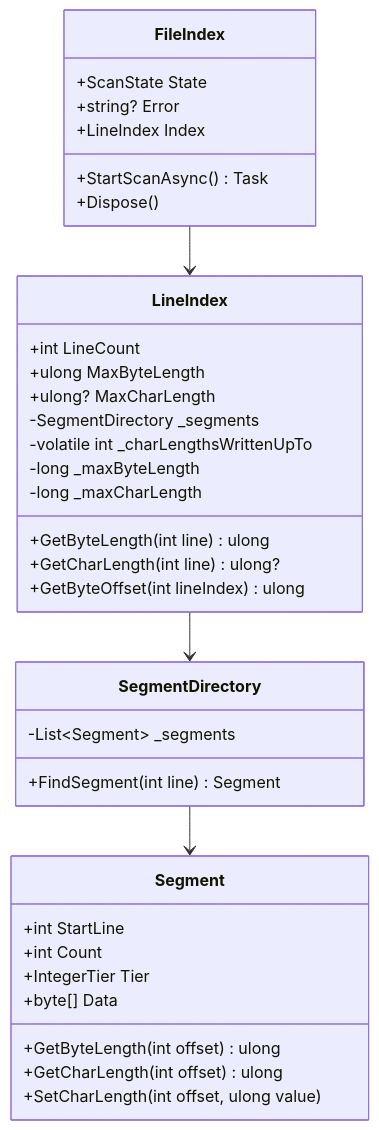
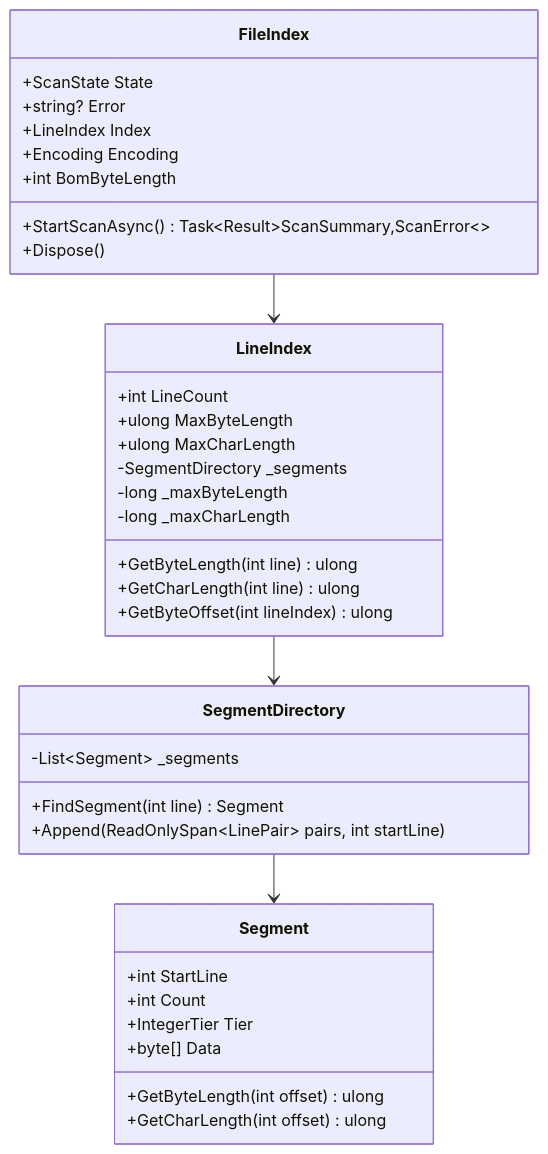
One commit to HerrDmitry/TextViewer changed the third of 3 diagrams in .kiro/specs/_global/design-file-index.md. Above: the diagram before and after it, drawn with Mermaid. The commit also changed other lines of this file and 7 other files, not shown here.

````diff
--- a/.kiro/specs/_global/design-file-index.md
+++ b/.kiro/specs/_global/design-file-index.md
@@ -66,38 +61,39 @@
 ```mermaid
 classDiagram
     class FileIndex {
         +ScanState State
         +string? Error
         +LineIndex Index
-        +StartScanAsync() Task
+        +Encoding Encoding
+        +int BomByteLength
+        +StartScanAsync() Task~Result~ScanSummary,ScanError~~
         +Dispose()
     }
     class LineIndex {
         +int LineCount
         +ulong MaxByteLength
-        +ulong? MaxCharLength
+        +ulong MaxCharLength
         +GetByteLength(int line) ulong
-        +GetCharLength(int line) ulong?
+        +GetCharLength(int line) ulong
         +GetByteOffset(int lineIndex) ulong
         -SegmentDirectory _segments
-        -volatile int _charLengthsWrittenUpTo
         -long _maxByteLength
         -long _maxCharLength
     }
     class SegmentDirectory {
         +FindSegment(int line) Segment
+        +Append(ReadOnlySpan~LinePair~ pairs, int startLine)
         -List~Segment~ _segments
     }
     class Segment {
         +int StartLine
         +int Count
         +IntegerTier Tier
         +byte[] Data
         +GetByteLength(int offset) ulong
         +GetCharLength(int offset) ulong
-        +SetCharLength(int offset, ulong value)
     }
     FileIndex --> LineIndex
     LineIndex --> SegmentDirectory
     SegmentDirectory --> Segment
 ```
````
